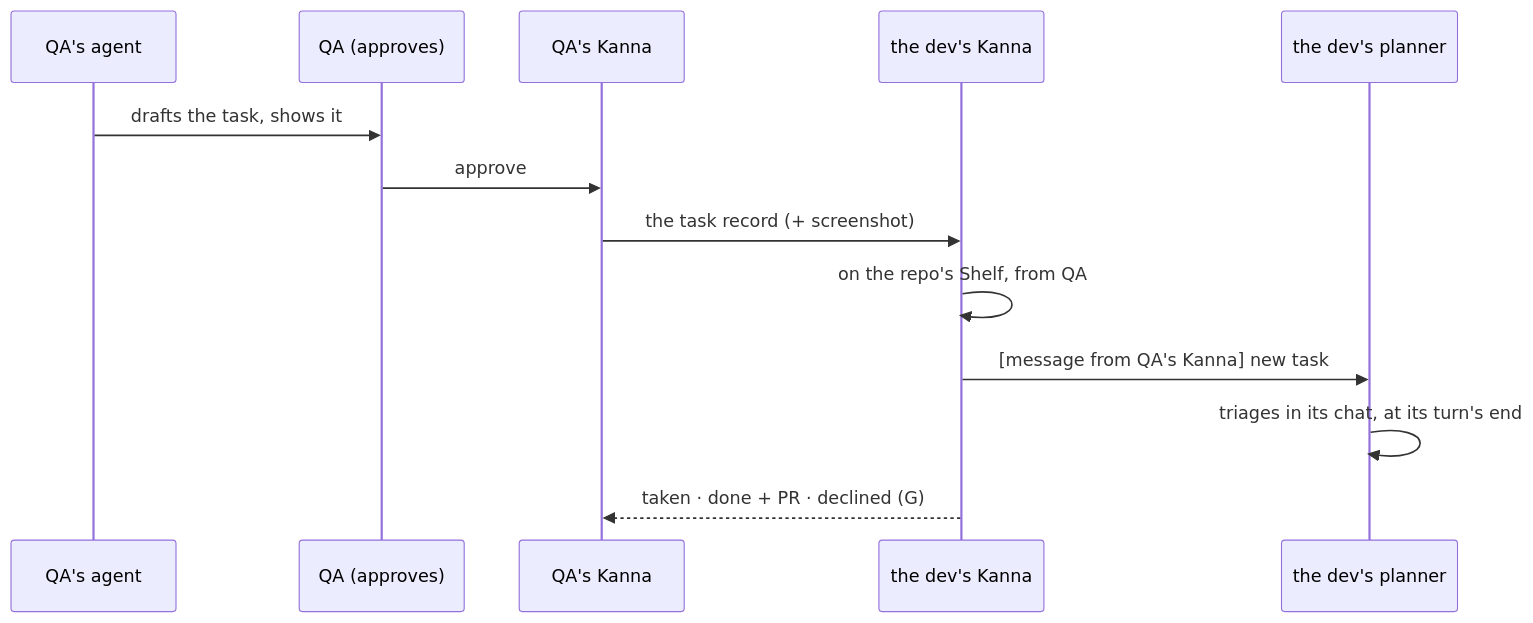
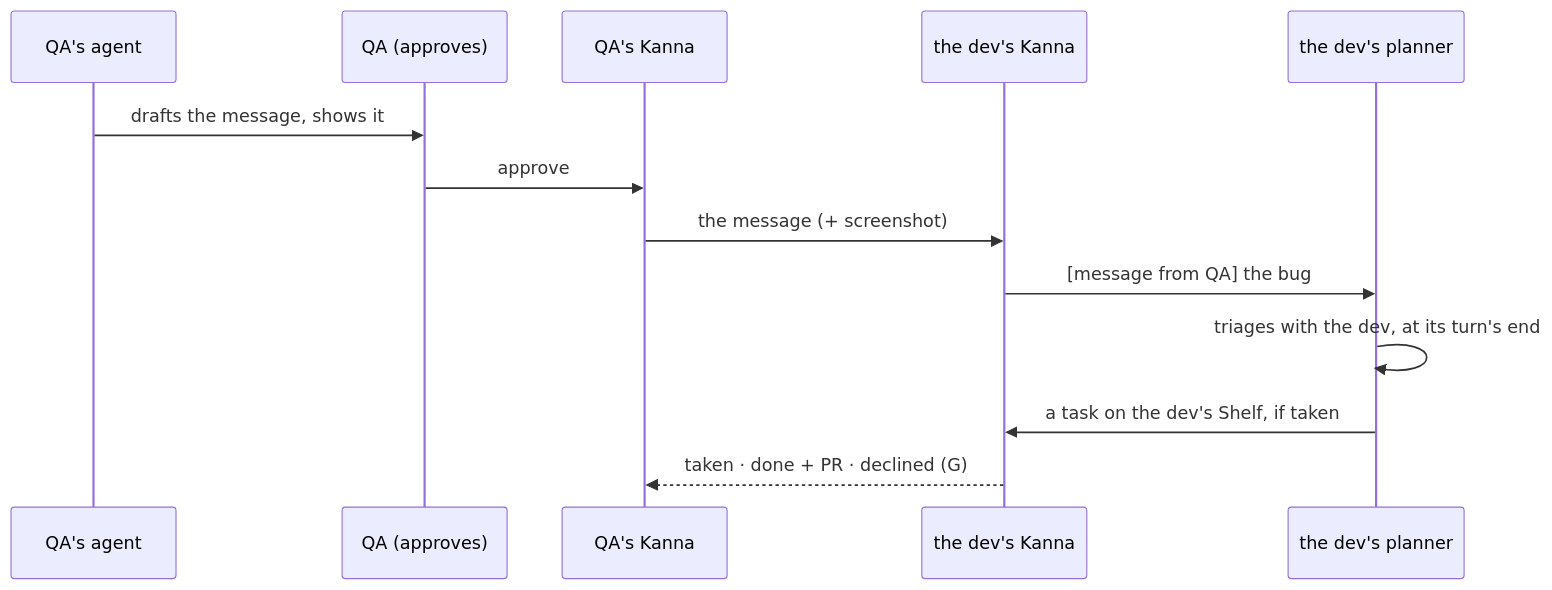
One commit to tampopogk/kanna changed the third of 3 diagrams in docs/research/multi-machine-and-people.md. Above: the diagram before and after it, drawn with Mermaid. The commit also changed other lines of this file, not shown here.

Commit message:
docs: multi-machine research: tasks stay with one person, E sends a message the receiver's planner turns into a task

````diff
--- a/docs/research/multi-machine-and-people.md
+++ b/docs/research/multi-machine-and-people.md
@@ -103,15 +103,15 @@
 ```mermaid
 sequenceDiagram
     participant QA as QA's agent
     participant Q as QA (approves)
     participant K1 as QA's Kanna
     participant K2 as the dev's Kanna
     participant P as the dev's planner
-    QA->>Q: drafts the task, shows it
+    QA->>Q: drafts the message, shows it
     Q->>K1: approve
-    K1->>K2: the task record (+ screenshot)
-    K2->>K2: on the repo's Shelf, from QA
-    K2->>P: [message from QA's Kanna] new task
-    P->>P: triages in its chat, at its turn's end
+    K1->>K2: the message (+ screenshot)
+    K2->>P: [message from QA] the bug
+    P->>P: triages with the dev, at its turn's end
+    P->>K2: a task on the dev's Shelf, if taken
     K2-->>K1: taken · done + PR · declined (G)
 ```
````
